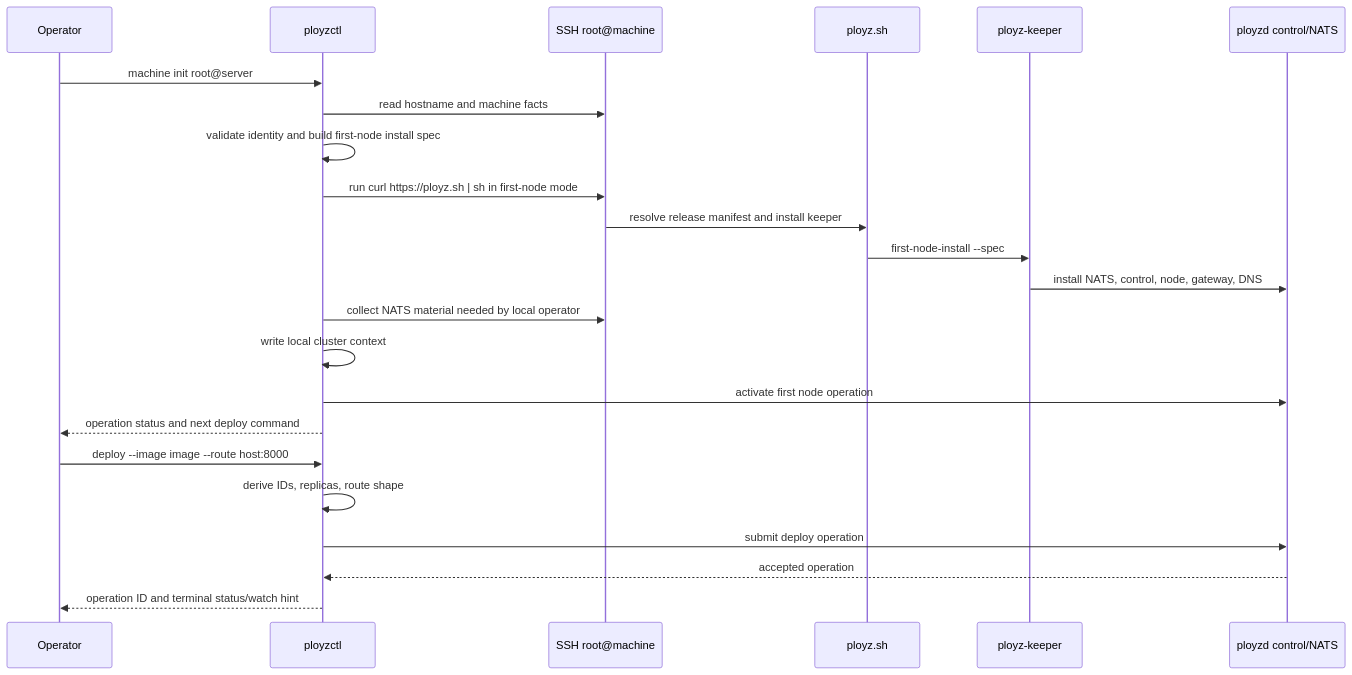
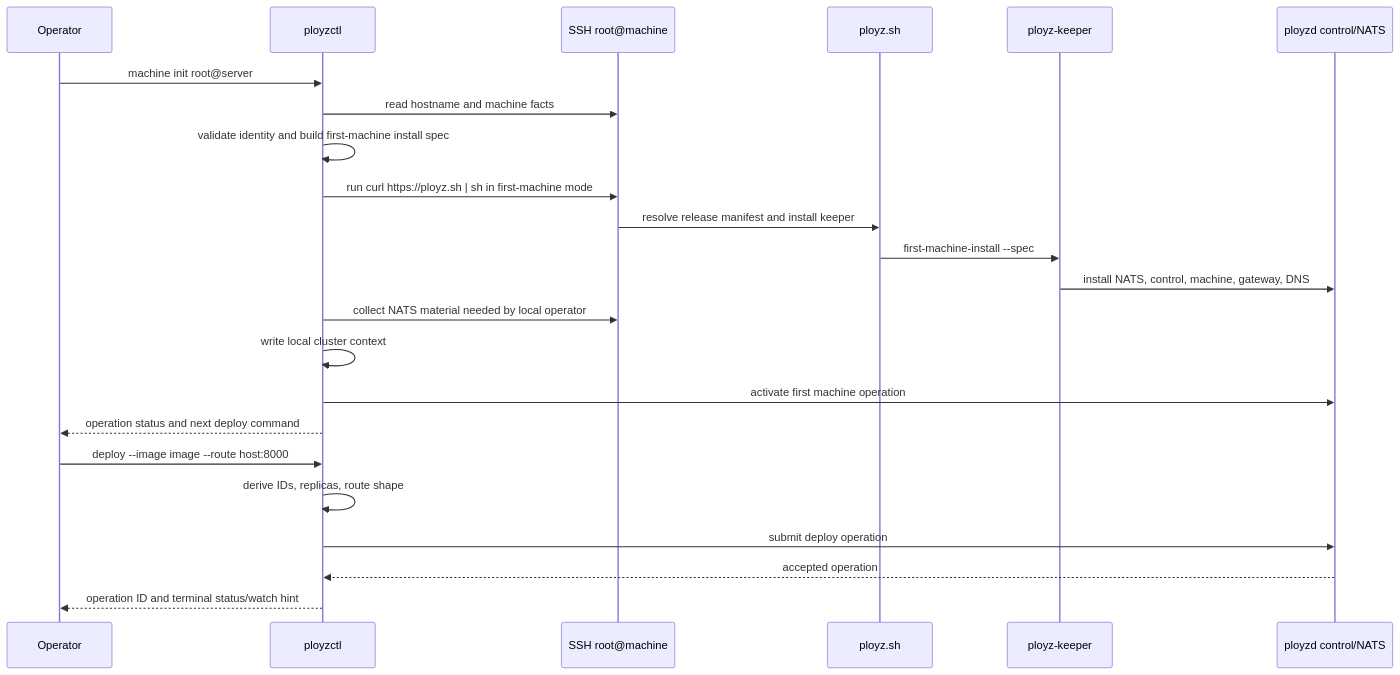
One commit to getployz/ployz changed the diagram in docs/plans/2026-06-12-002-feat-alpha-quick-start-ergonomics-plan.md. Above: the diagram before and after it, drawn with Mermaid. The commit also changed other lines of this file and 201 other files, not shown here.

````diff
--- a/docs/plans/2026-06-12-002-feat-alpha-quick-start-ergonomics-plan.md
+++ b/docs/plans/2026-06-12-002-feat-alpha-quick-start-ergonomics-plan.md
@@ -78,27 +78,27 @@
 ```mermaid
 sequenceDiagram
   participant Operator
   participant CLI as ployzctl
   participant SSH as SSH root@machine
   participant Script as ployz.sh
   participant Keeper as ployz-keeper
   participant Core as ployzd control/NATS
 
   Operator->>CLI: machine init root@server
   CLI->>SSH: read hostname and machine facts
-  CLI->>CLI: validate identity and build first-node install spec
-  CLI->>SSH: run curl https://ployz.sh | sh in first-node mode
+  CLI->>CLI: validate identity and build first-machine install spec
+  CLI->>SSH: run curl https://ployz.sh | sh in first-machine mode
   SSH->>Script: resolve release manifest and install keeper
-  Script->>Keeper: first-node-install --spec
-  Keeper->>Core: install NATS, control, node, gateway, DNS
+  Script->>Keeper: first-machine-install --spec
+  Keeper->>Core: install NATS, control, machine, gateway, DNS
   CLI->>SSH: collect NATS material needed by local operator
   CLI->>CLI: write local cluster context
-  CLI->>Core: activate first node operation
+  CLI->>Core: activate first machine operation
   CLI-->>Operator: operation status and next deploy command
 
   Operator->>CLI: deploy --image image --route host:8000
   CLI->>CLI: derive IDs, replicas, route shape
   CLI->>Core: submit deploy operation
   Core-->>CLI: accepted operation
   CLI-->>Operator: operation ID and terminal status/watch hint
 ```
````
